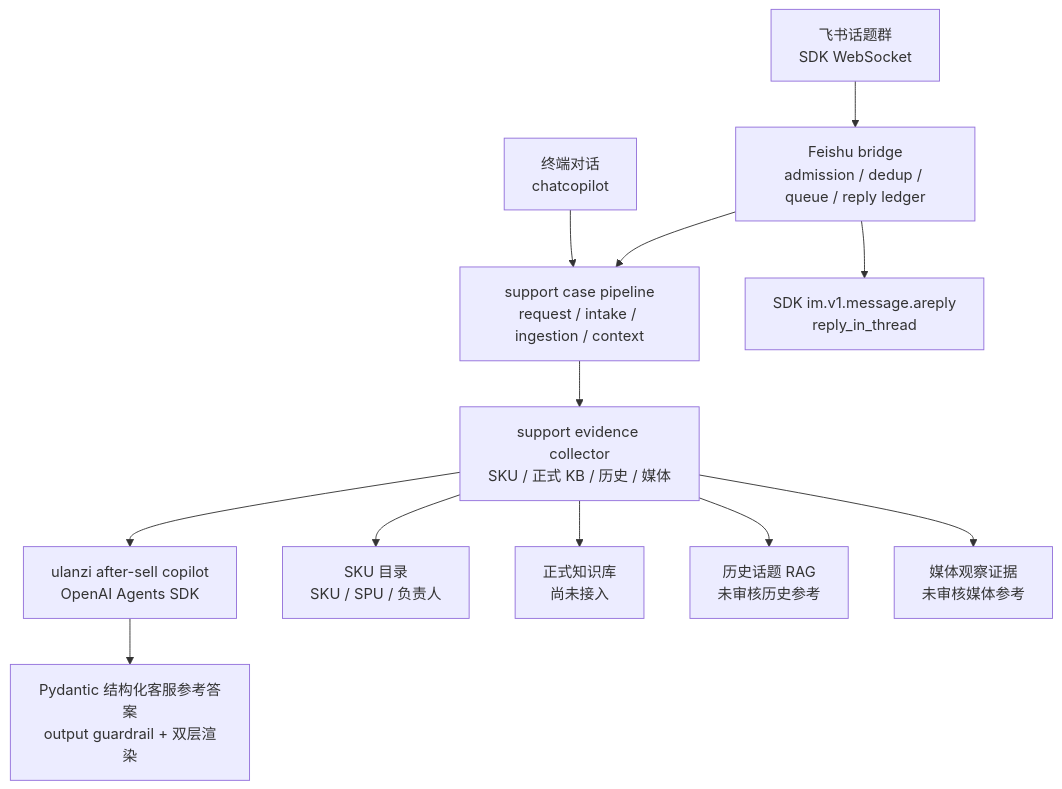
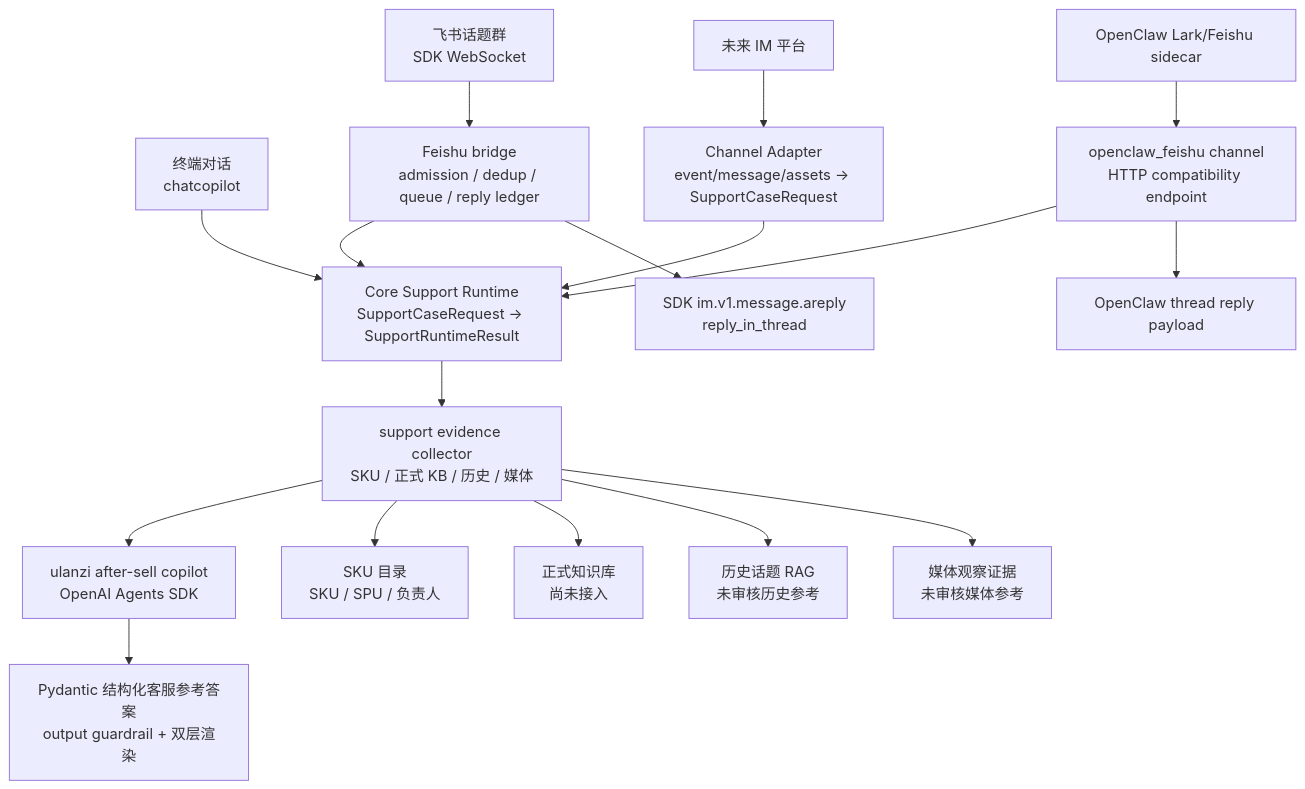
The diagram in README.md (ccchenhuohuo/after-sale-ai-agent), drawn with Mermaid before and after one commit. The commit also changed other lines of this file and 7 other files, not shown here.

Commit message:
docs: add openclaw sidecar deployment gate

````diff
--- a/README.md
+++ b/README.md
@@ -9,15 +9,20 @@
 ```mermaid
 flowchart TB
     cli["终端对话<br/>chatcopilot"]
     feishu["飞书话题群<br/>SDK WebSocket"] --> bridge["Feishu bridge<br/>admission / dedup / queue / reply ledger"]
-    cli --> intake["support case pipeline<br/>request / intake / ingestion / context"]
+    openclaw["OpenClaw Lark/Feishu sidecar"] --> openclaw_channel["openclaw_feishu channel<br/>HTTP compatibility endpoint"]
+    future_im["未来 IM 平台"] --> channel["Channel Adapter<br/>event/message/assets -> SupportCaseRequest"]
+    cli --> intake["Core Support Runtime<br/>SupportCaseRequest -> SupportRuntimeResult"]
     bridge --> intake
+    openclaw_channel --> intake
+    channel --> intake
     intake --> evidence["support evidence collector<br/>SKU / 正式 KB / 历史 / 媒体"]
     evidence --> agent["ulanzi after-sell copilot<br/>OpenAI Agents SDK"]
     bridge --> reply["SDK im.v1.message.areply<br/>reply_in_thread"]
+    openclaw_channel --> openclaw_reply["OpenClaw thread reply payload"]
     evidence --> sku["SKU 目录<br/>SKU / SPU / 负责人"]
     evidence --> official["正式知识库<br/>尚未接入"]
     evidence --> history["历史话题 RAG<br/>未审核历史参考"]
     evidence --> media["媒体观察证据<br/>未审核媒体参考"]
     agent --> answer["Pydantic 结构化客服参考答案<br/>output guardrail + 双层渲染"]
 ```
````
